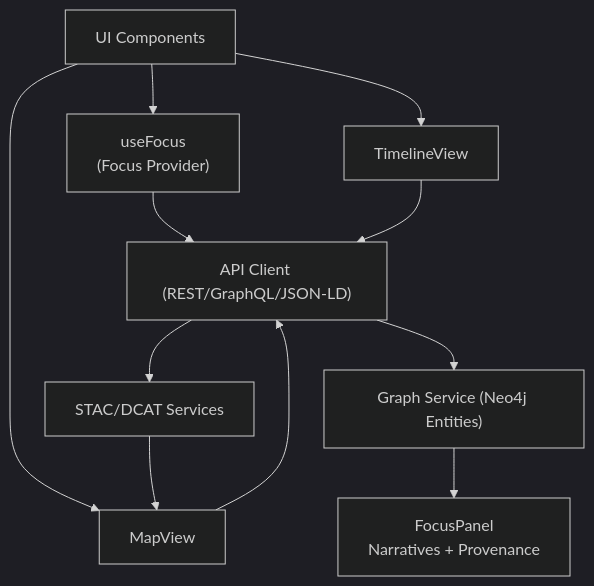
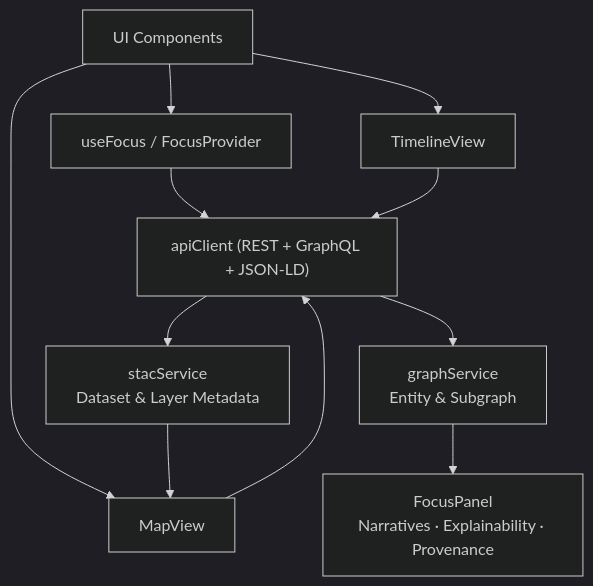
One commit to bartytime4life/Kansas-Frontier-Matrix changed the diagram in web/src/README.md. Above: the diagram before and after it, drawn with Mermaid (dark theme). The commit also changed other lines of this file, not shown here.

```diff
--- a/web/src/README.md
+++ b/web/src/README.md
@@ -114,16 +120,15 @@
 ~~~~~mermaid
 flowchart TD
-  UI["UI Components"] --> FOC["useFocus<br/>(Focus Provider)"]
+  UI["UI Components"] --> FOC["useFocus / FocusProvider"]
   UI --> MAP["MapView"]
   UI --> TIME["TimelineView"]
 
-  FOC --> API["API Client (REST/GraphQL/JSON-LD)"]
+  FOC --> API["apiClient (REST + GraphQL + JSON-LD)"]
   MAP --> API
   TIME --> API
 
-  API --> STAC["STAC/DCAT Services"]
-  API --> GRAPH["Graph Service (Neo4j Entities)"]
-
-  GRAPH --> PANEL["FocusPanel<br/>Narratives + Provenance"]
+  API --> STAC["stacService<br/>Dataset & Layer Metadata"]
+  API --> GRAPH["graphService<br/>Entity & Subgraph"]
+  GRAPH --> PANEL["FocusPanel<br/>Narratives · Explainability · Provenance"]
   STAC --> MAP
 ~~~~~
```
